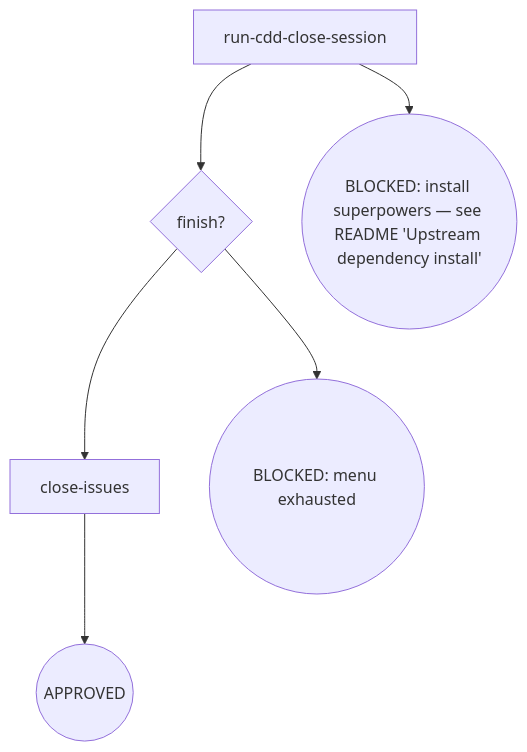
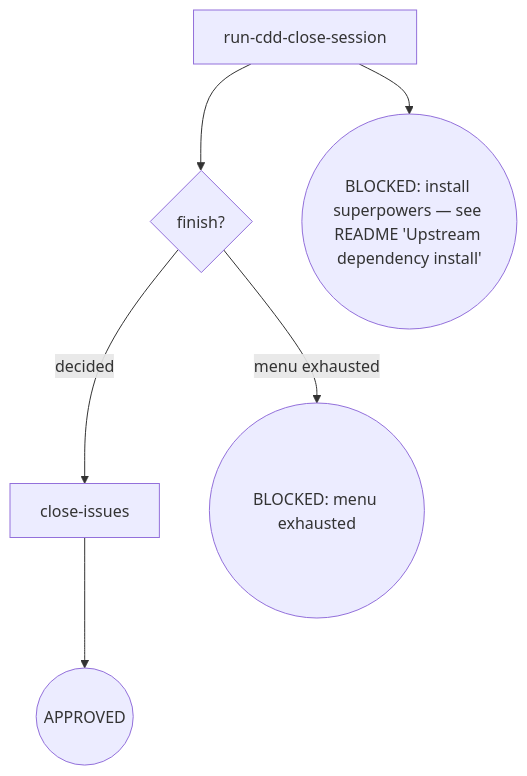
Before and after one commit to Oscaner/skills: the diagram in packages/kairos/skills/cdd-close/SKILL.md, drawn with Mermaid. The commit also changed 27 other files, not shown here.

````diff
--- a/packages/kairos/skills/cdd-close/SKILL.md
+++ b/packages/kairos/skills/cdd-close/SKILL.md
@@ -12,8 +12,8 @@
 ```mermaid
 flowchart TD
   A[run-cdd-close-session] --> F{finish?}
   A --> Z1((BLOCKED: install superpowers — see README 'Upstream dependency install'))
-  F --> C[close-issues]
-  F --> Z2((BLOCKED: menu exhausted))
+  F -->|decided| C[close-issues]
+  F -->|menu exhausted| Z2((BLOCKED: menu exhausted))
   C --> K((APPROVED))
 ```
````
